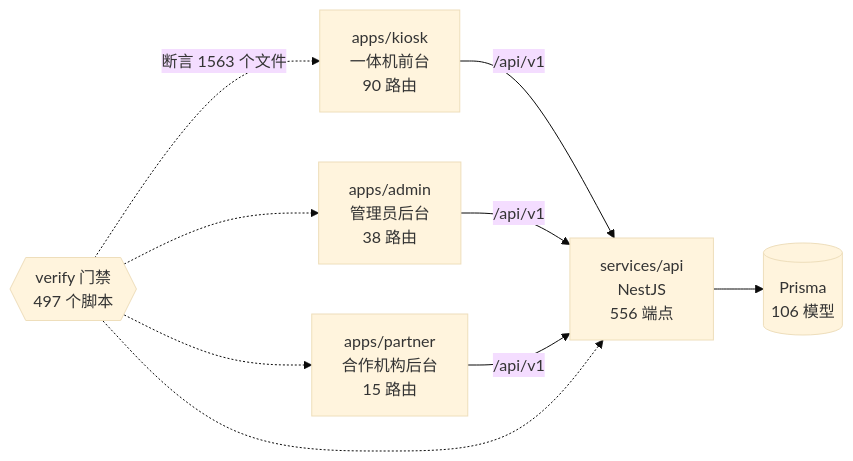
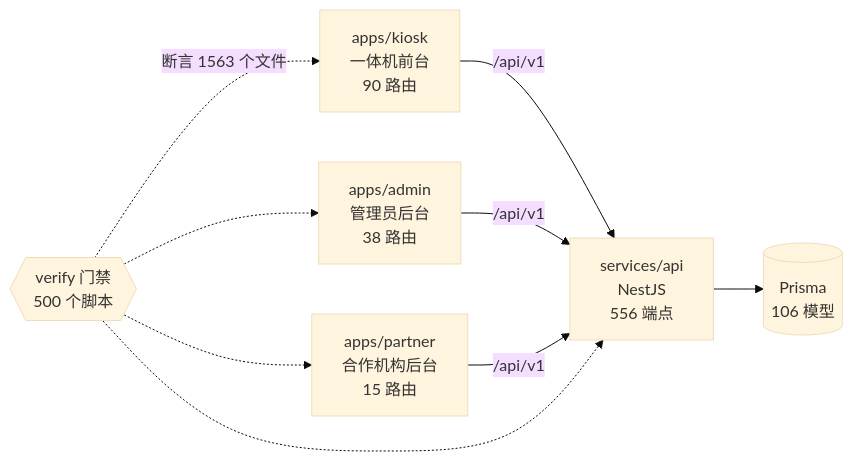
One commit to wanglei581/YITIJI changed the diagram in docs/graph/README.md. Above: the diagram before and after it, drawn with Mermaid (base theme). The commit also changed other lines of this file and 4 other files, not shown here.

````diff
--- a/docs/graph/README.md
+++ b/docs/graph/README.md
@@ -68,18 +68,18 @@
 ```mermaid
 flowchart LR
   kiosk["apps/kiosk<br/>一体机前台<br/>90 路由"]
   admin["apps/admin<br/>管理员后台<br/>38 路由"]
   partner["apps/partner<br/>合作机构后台<br/>15 路由"]
   api["services/api<br/>NestJS<br/>556 端点"]
   db[("Prisma<br/>106 模型")]
-  gates{{"verify 门禁<br/>497 个脚本"}}
+  gates{{"verify 门禁<br/>500 个脚本"}}
 
   kiosk -->|"/api/v1"| api
   admin -->|"/api/v1"| api
   partner -->|"/api/v1"| api
   api --> db
   gates -.->|"断言 1563 个文件"| kiosk
   gates -.-> admin
   gates -.-> partner
   gates -.-> api
 ```
````
